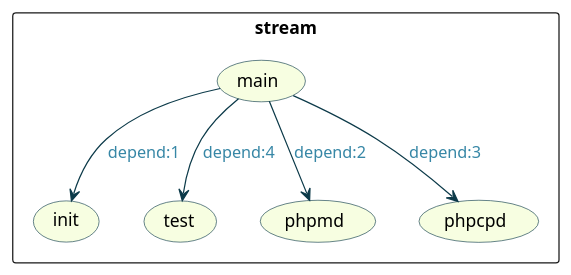
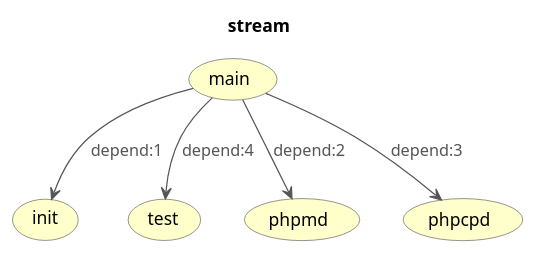
One commit to jawira/phing-visualizer changed the diagram in resources/puml/gist-mapserver2007.puml. Above: the diagram before and after it, drawn with PlantUML. The commit also changed 5 other files, not shown here.

```diff
--- a/resources/puml/gist-mapserver2007.puml
+++ b/resources/puml/gist-mapserver2007.puml
@@ -1,24 +1,28 @@
 @startuml
 
+title stream
+hide stereotype
 skinparam Arrow {
-Color #0C3A49
-FontColor #3787A6
+Color #555555
+FontColor #555555
 }
 skinparam UseCase {
-BackgroundColor #F7FEE1
-BorderColor #0C3A49
+BackgroundColor #FFFFCC
+BorderColor #555555
 }
 
-rectangle "stream" {
-(main)
-(init)
-(test)
-(phpmd)
-(phpcpd)
+skinparam UseCase {
+BackgroundColor<< stream >> #FFFFCC
 }
+(main)<< stream >>
+(init)<< stream >>
+(test)<< stream >>
+(phpmd)<< stream >>
+(phpcpd)<< stream >>
+
 
 (main) --> (init) : depend:1
 (main) --> (phpmd) : depend:2
 (main) --> (phpcpd) : depend:3
 (main) --> (test) : depend:4
 @enduml
```
